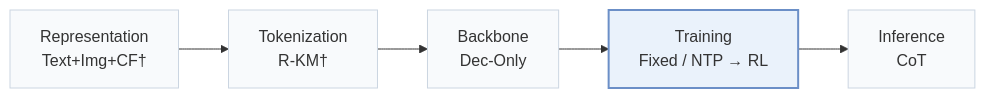
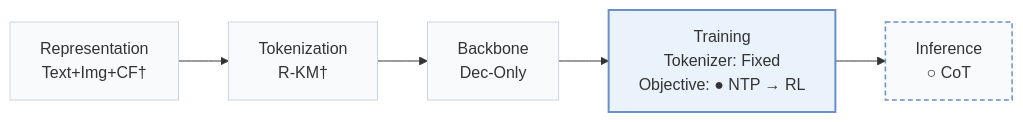
The first of 4 diagrams in pages/papers/onerec-think.md (Galaxy-ghost/Awesome-SID-Generative-Rec), drawn with Mermaid before and after one commit. The commit also changed other lines of this file and 558 other files, not shown here.

````diff
--- a/pages/papers/onerec-think.md
+++ b/pages/papers/onerec-think.md
@@ -15,8 +18,10 @@
 ```mermaid
 flowchart LR
-    R["Representation<br/>Text+Img+CF†"] --> T["Tokenization<br/>R-KM†"] --> B["Backbone<br/>Dec-Only"] --> TR["Training<br/>Fixed / NTP → RL"] --> I["Inference<br/>CoT"]
+    R["Representation<br/>Text+Img+CF†"] --> T["Tokenization<br/>R-KM†"] --> B["Backbone<br/>Dec-Only"] --> TR["Training<br/>Tokenizer: Fixed<br/>Objective: ● NTP → RL"] --> I["Inference<br/>○ CoT"]
     classDef base fill:#f8fafc,stroke:#cbd5e1
     class R,T,B,TR,I base
+    classDef other fill:#f8fafc,stroke:#6b8fc7,stroke-width:1.5px,stroke-dasharray:5 3
+    class I other
     classDef main fill:#eaf2fb,stroke:#6b8fc7,stroke-width:2px
     class TR main
 ```
````
